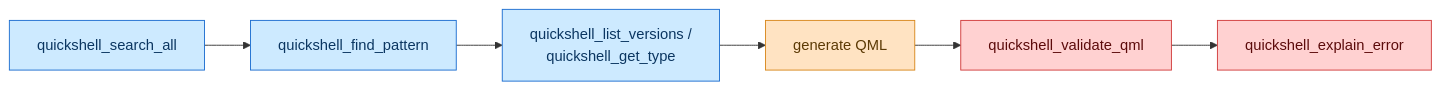
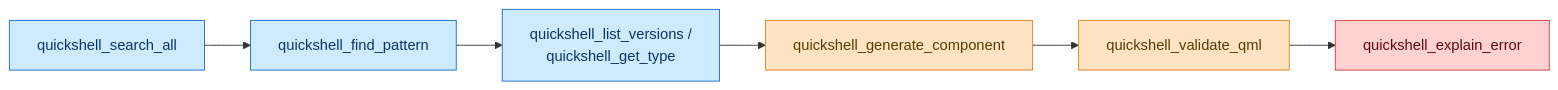
Before and after one commit to franklinnolasco7/quickshell-docs-mcp: the third of 3 diagrams in README.md, drawn with Mermaid. The commit also changed other lines of this file and 8 other files, not shown here.

Commit message:
feat: add quickshell_generate_component tool (#20)

````diff
--- a/README.md
+++ b/README.md
@@ -223,16 +225,16 @@
 ```mermaid
 flowchart LR
     A[quickshell_search_all] --> B[quickshell_find_pattern]
     B --> C[quickshell_list_versions /<br/>quickshell_get_type]
-    C --> D[generate QML]
+    C --> D[quickshell_generate_component]
     D --> E[quickshell_validate_qml]
     E --> F[quickshell_explain_error]
 
     classDef tool fill:#cdeaff,stroke:#1c6dd0,stroke-width:1px,color:#0b3661
     classDef action fill:#ffe3c2,stroke:#d8871b,stroke-width:1px,color:#5c3a05
     classDef debug fill:#ffd1d1,stroke:#d13b3b,stroke-width:1px,color:#5c0b0b
 
     class A,B,C tool
-    class D action
-    class E,F debug
+    class D,E action
+    class F debug
 ```
````
